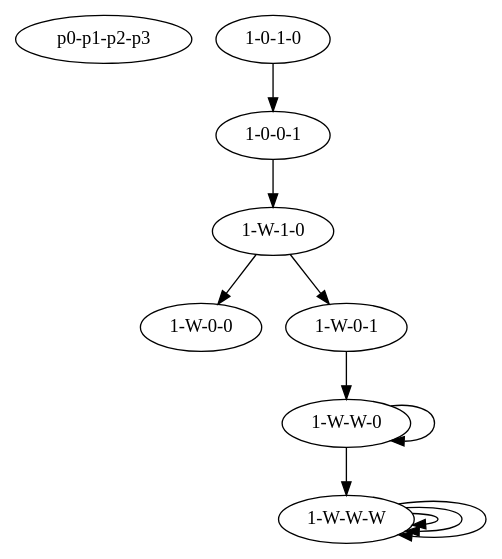
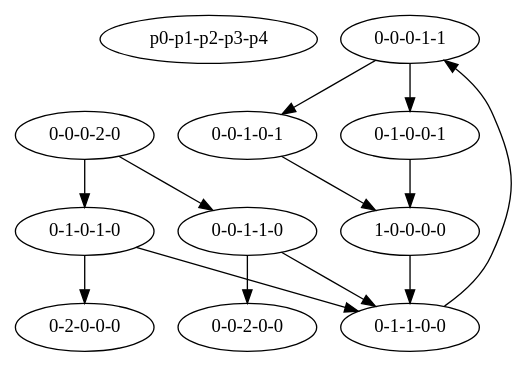
Before and after one commit to SemSSK/petri_to_automata: the diagram in graph.dot, drawn with Graphviz. The commit also changed 4 other files, not shown here.

```diff
--- a/graph.dot
+++ b/graph.dot
@@ -1,15 +1,18 @@
 
     digraph {
-        "p0-p1-p2-p3"
-         "1-0-0-1" -> "1-W-1-0"
-		 "1-0-1-0" -> "1-0-0-1"
-		 "1-W-1-0" -> "1-W-0-0";
- "1-W-1-0" -> "1-W-0-1"
-		 "1-W-0-1" -> "1-W-W-0"
-		 "1-W-W-0" -> "1-W-W-0";
- "1-W-W-0" -> "1-W-W-W"
-		 "1-W-W-W" -> "1-W-W-W";
- "1-W-W-W" -> "1-W-W-W";
- "1-W-W-W" -> "1-W-W-W"
+        "p0-p1-p2-p3-p4"
+         "0-0-0-1-1" -> "0-1-0-0-1";
+ "0-0-0-1-1" -> "0-0-1-0-1"
 		
+		
+		 "0-0-0-2-0" -> "0-1-0-1-0";
+ "0-0-0-2-0" -> "0-0-1-1-0"
+		 "0-1-0-0-1" -> "1-0-0-0-0"
+		 "0-1-1-0-0" -> "0-0-0-1-1"
+		 "0-1-0-1-0" -> "0-2-0-0-0";
+ "0-1-0-1-0" -> "0-1-1-0-0"
+		 "0-0-1-1-0" -> "0-1-1-0-0";
+ "0-0-1-1-0" -> "0-0-2-0-0"
+		 "0-0-1-0-1" -> "1-0-0-0-0"
+		 "1-0-0-0-0" -> "0-1-1-0-0"
     }
```
